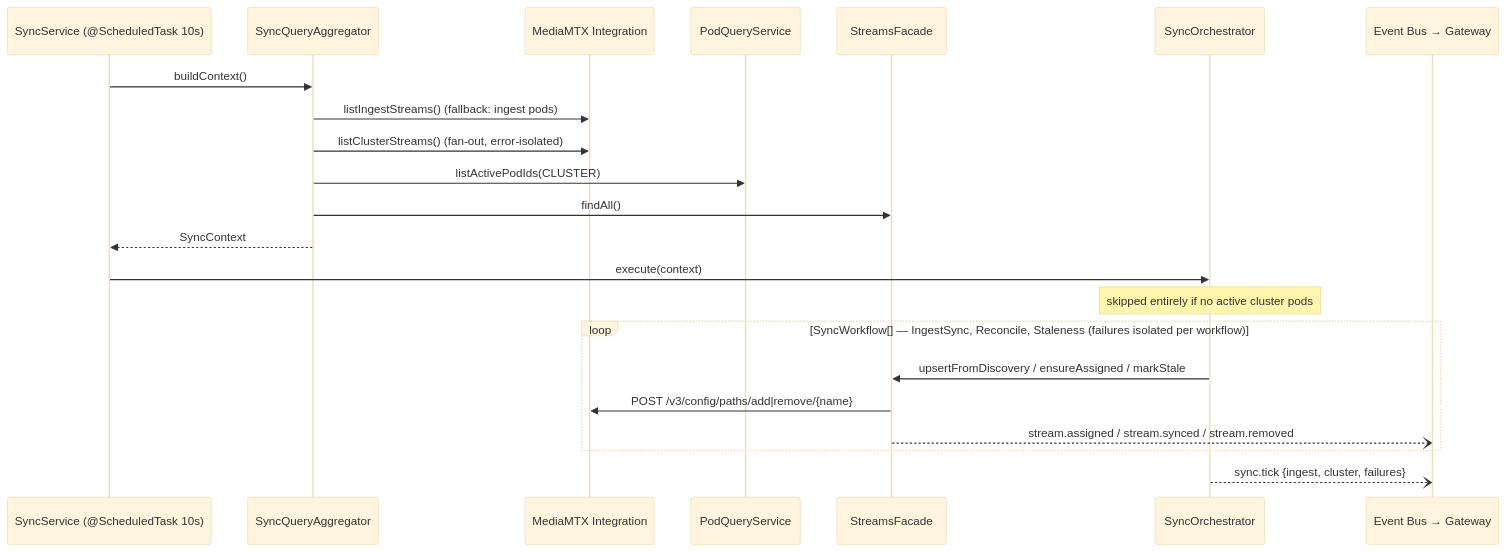
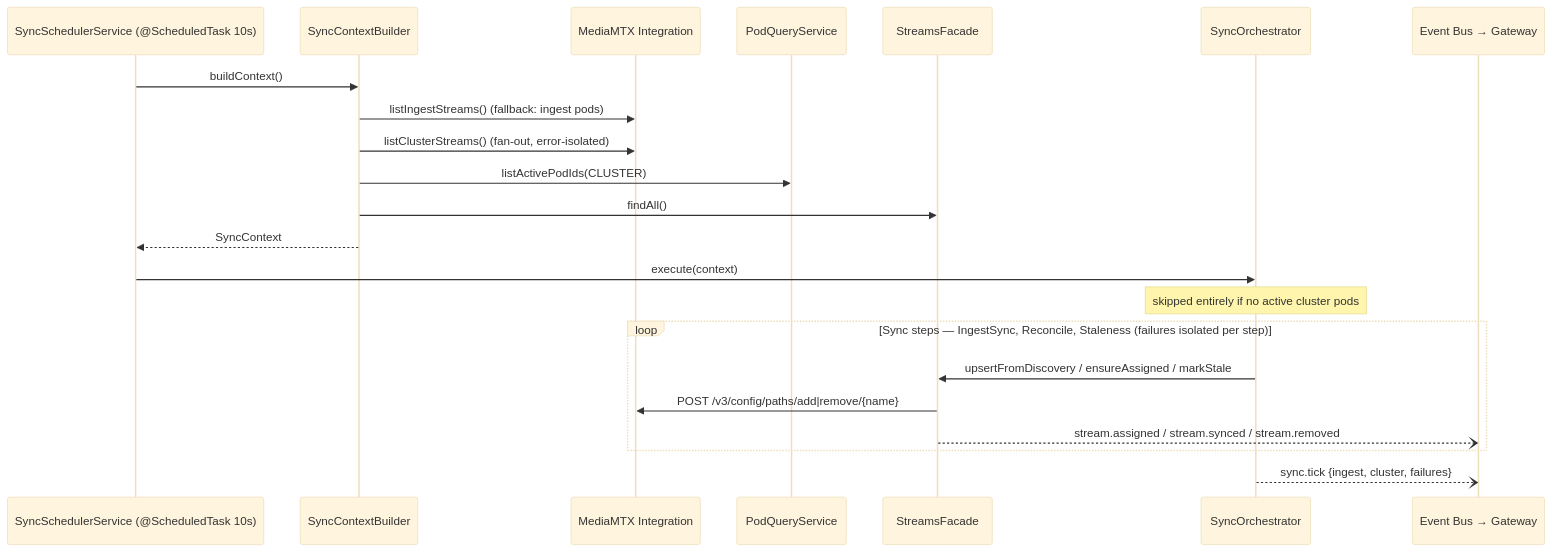
Before and after one commit to emanuel74-bit/media-sync: the second of 6 diagrams in backend/SYSTEM_DOCUMENTATION.md, drawn with Mermaid (base theme). The commit also changed other lines of this file and 33 other files, not shown here.

````diff
--- a/backend/SYSTEM_DOCUMENTATION.md
+++ b/backend/SYSTEM_DOCUMENTATION.md
@@ -345,25 +345,25 @@
 ```mermaid
 sequenceDiagram
-    participant Cron as SyncService (@ScheduledTask 10s)
-    participant Agg as SyncQueryAggregator
+    participant Cron as SyncSchedulerService (@ScheduledTask 10s)
+    participant Agg as SyncContextBuilder
     participant MTX as MediaMTX Integration
     participant Pods as PodQueryService
     participant Str as StreamsFacade
     participant Orch as SyncOrchestrator
     participant Bus as Event Bus → Gateway
 
     Cron->>Agg: buildContext()
     Agg->>MTX: listIngestStreams() (fallback: ingest pods)
     Agg->>MTX: listClusterStreams() (fan-out, error-isolated)
     Agg->>Pods: listActivePodIds(CLUSTER)
     Agg->>Str: findAll()
     Agg-->>Cron: SyncContext
     Cron->>Orch: execute(context)
     Note over Orch: skipped entirely if no active cluster pods
-    loop SyncWorkflow[] — IngestSync, Reconcile, Staleness (failures isolated per workflow)
+    loop Sync steps — IngestSync, Reconcile, Staleness (failures isolated per step)
         Orch->>Str: upsertFromDiscovery / ensureAssigned / markStale
         Str->>MTX: POST /v3/config/paths/add|remove/{name}
         Str--)Bus: stream.assigned / stream.synced / stream.removed
     end
     Orch--)Bus: sync.tick {ingest, cluster, failures}
 ```
````
